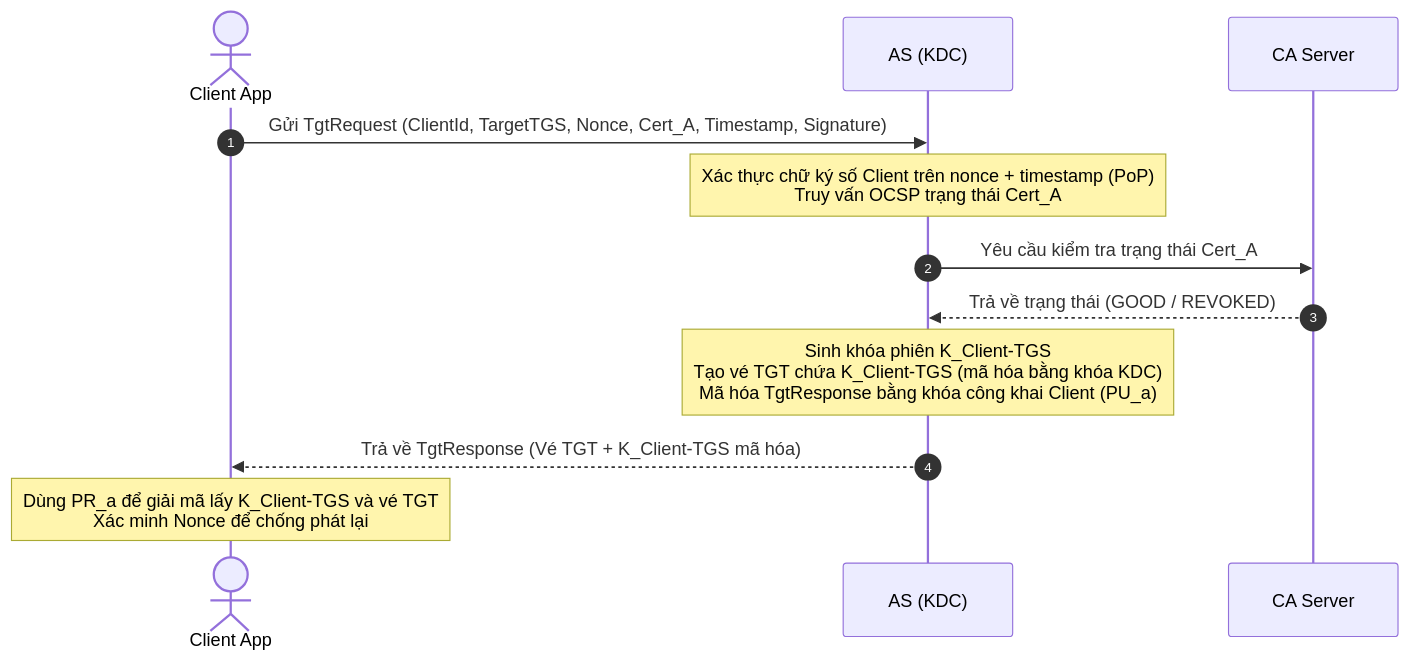
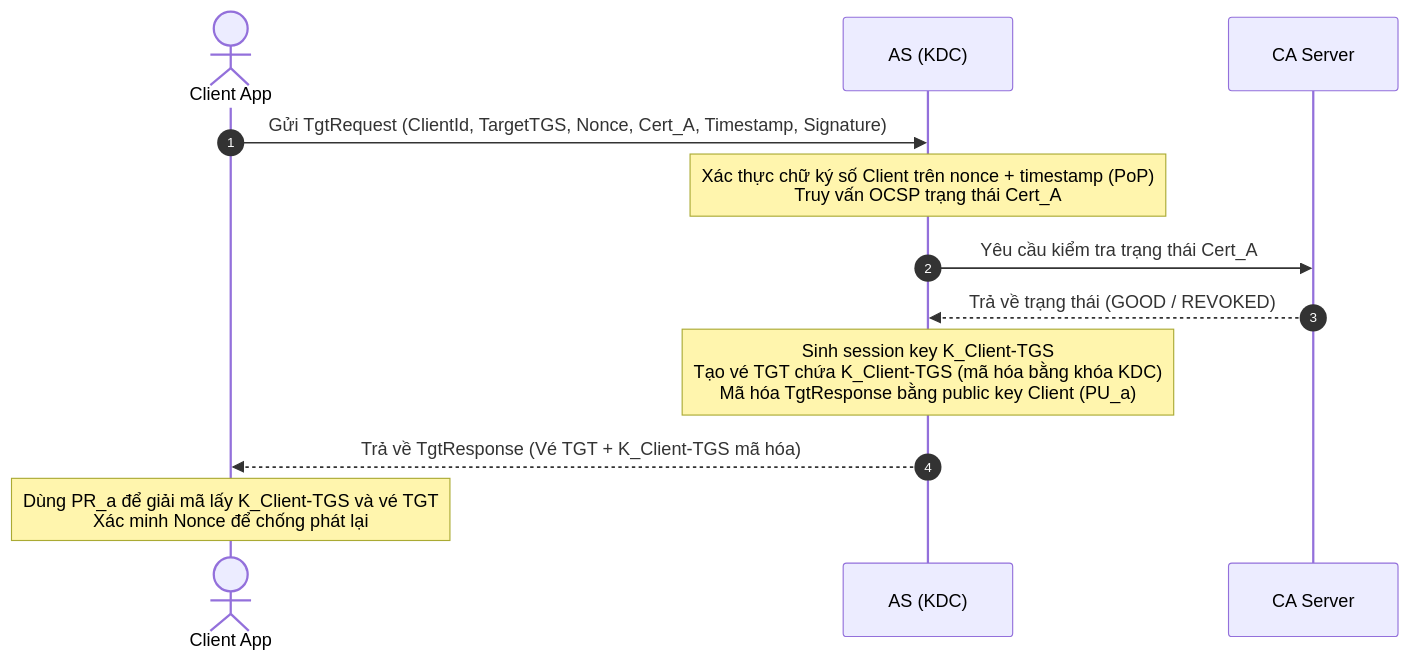
The third of 5 diagrams in README.md (zeus058/MHUD_LAB), drawn with Mermaid before and after one commit. The commit also changed other lines of this file, not shown here.

Commit message:
docs: unify key terminology to private and public key in README.md

````diff
--- a/README.md
+++ b/README.md
@@ -225,15 +225,15 @@
 ```mermaid
 sequenceDiagram
     autonumber
     actor Client as Client App
     participant AS as AS (KDC)
     participant CA as CA Server
     
     Client->>AS: Gửi TgtRequest (ClientId, TargetTGS, Nonce, Cert_A, Timestamp, Signature)
     Note over AS: Xác thực chữ ký số Client trên nonce + timestamp (PoP)<br/>Truy vấn OCSP trạng thái Cert_A
     AS->>CA: Yêu cầu kiểm tra trạng thái Cert_A
     CA-->>AS: Trả về trạng thái (GOOD / REVOKED)
-    Note over AS: Sinh khóa phiên K_Client-TGS<br/>Tạo vé TGT chứa K_Client-TGS (mã hóa bằng khóa KDC)<br/>Mã hóa TgtResponse bằng khóa công khai Client (PU_a)
+    Note over AS: Sinh session key K_Client-TGS<br/>Tạo vé TGT chứa K_Client-TGS (mã hóa bằng khóa KDC)<br/>Mã hóa TgtResponse bằng public key Client (PU_a)
     AS-->>Client: Trả về TgtResponse (Vé TGT + K_Client-TGS mã hóa)
     Note over Client: Dùng PR_a để giải mã lấy K_Client-TGS và vé TGT<br/>Xác minh Nonce để chống phát lại
 ```
````
